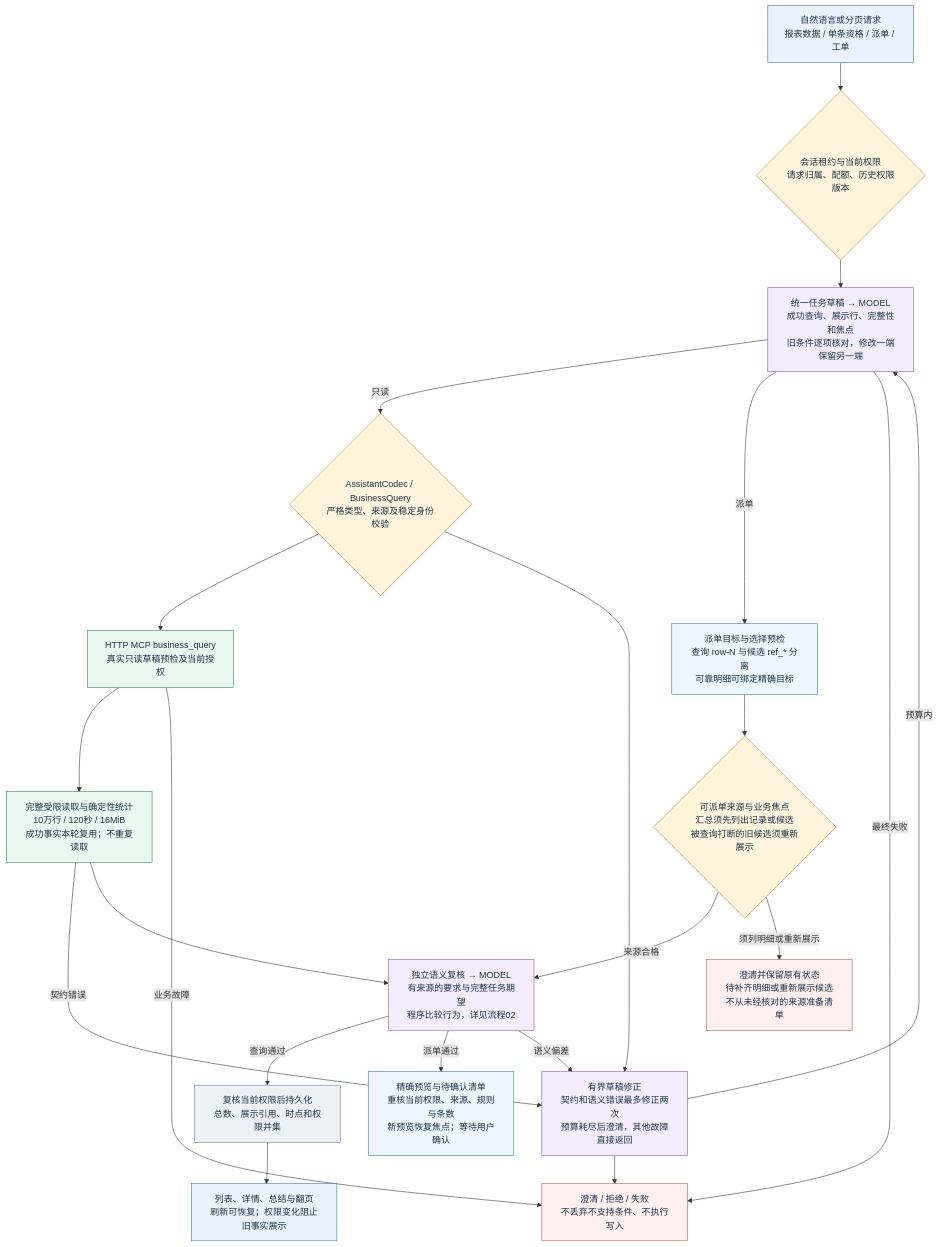
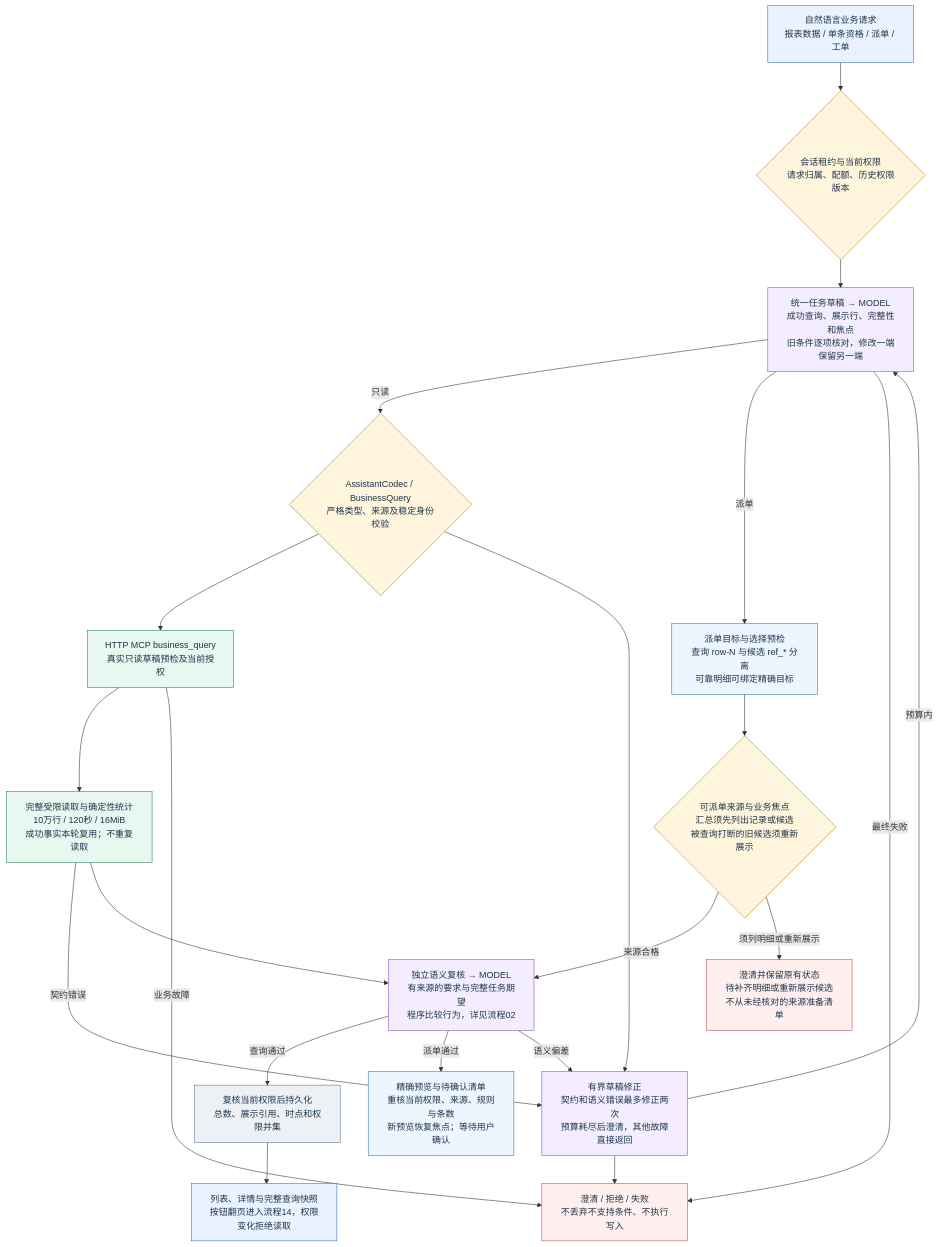
One commit to QSZJAVA/agent_demo changed the diagram in docs/diagrams/demo-final/09.mmd. Above: the diagram before and after it, drawn with Mermaid. The commit also changed 249 other files, not shown here.

```diff
--- a/docs/diagrams/demo-final/09.mmd
+++ b/docs/diagrams/demo-final/09.mmd
@@ -1,43 +1,43 @@
 flowchart TD
-  input["自然语言或分页请求<br/>报表数据 / 单条资格 / 派单 / 工单"]:::ui
+  input["自然语言业务请求<br/>报表数据 / 单条资格 / 派单 / 工单"]:::ui
   lease{"会话租约与当前权限<br/>请求归属、配额、历史权限版本"}:::guard
   model["统一任务草稿 → MODEL<br/>成功查询、展示行、完整性和焦点<br/>旧条件逐项核对，修改一端保留另一端"]:::model
   dispatch["派单目标与选择预检<br/>查询 row-N 与候选 ref_* 分离<br/>可靠明细可绑定精确目标"]:::agent
   source{"可派单来源与业务焦点<br/>汇总须先列出记录或候选<br/>被查询打断的旧候选须重新展示"}:::guard
   sourcefail["澄清并保留原有状态<br/>待补齐明细或重新展示候选<br/>不从未经核对的来源准备清单"]:::error
   query{"AssistantCodec / BusinessQuery<br/>严格类型、来源及稳定身份校验"}:::guard
   clarify["澄清 / 拒绝 / 失败<br/>不丢弃不支持条件、不执行写入"]:::error
   mcp["HTTP MCP business_query<br/>真实只读草稿预检及当前授权"]:::business
   facts["完整受限读取与确定性统计<br/>10万行 / 120秒 / 16MiB<br/>成功事实本轮复用；不重复读取"]:::business
   card["复核当前权限后持久化<br/>总数、展示引用、时点和权限并集"]:::store
-  ui["列表、详情、总结与翻页<br/>刷新可恢复；权限变化阻止旧事实展示"]:::ui
+  ui["列表、详情与完整查询快照<br/>按钮翻页进入流程14，权限变化拒绝读取"]:::ui
   repair["有界草稿修正<br/>契约和语义错误最多修正两次<br/>预算耗尽后澄清，其他故障直接返回"]:::model
   review["独立语义复核 → MODEL<br/>有来源的要求与完整任务期望<br/>程序比较行为，详见流程02"]:::model
   prepare["精确预览与待确认清单<br/>重核当前权限、来源、规则与条数<br/>新预览恢复焦点；等待用户确认"]:::agent
   input --> lease
   lease --> model
   model -->|"只读"| query
   model -->|"派单"| dispatch
   model -->|"最终失败"| clarify
   query --> mcp
   mcp --> facts
   card --> ui
   query --> repair
   facts -->|"契约错误"| repair
   repair -->|"预算内"| model
   repair --> clarify
   facts --> review
   dispatch --> source
   source -->|"来源合格"| review
   source -->|"须列明细或重新展示"| sourcefail
   review -->|"查询通过"| card
   review -->|"派单通过"| prepare
   review -->|"语义偏差"| repair
   mcp -->|"业务故障"| clarify
   classDef ui fill:#eaf2ff,stroke:#386bc1,color:#1e354c
   classDef agent fill:#edf5ff,stroke:#3778a8,color:#1e354c
   classDef model fill:#f3edff,stroke:#8751bf,color:#1e354c
   classDef business fill:#e8f7ef,stroke:#268255,color:#1e354c
   classDef guard fill:#fff4dc,stroke:#b58022,color:#1e354c
   classDef error fill:#fff0ef,stroke:#ba534e,color:#1e354c
   classDef store fill:#edf1f5,stroke:#60768b,color:#1e354c
```
